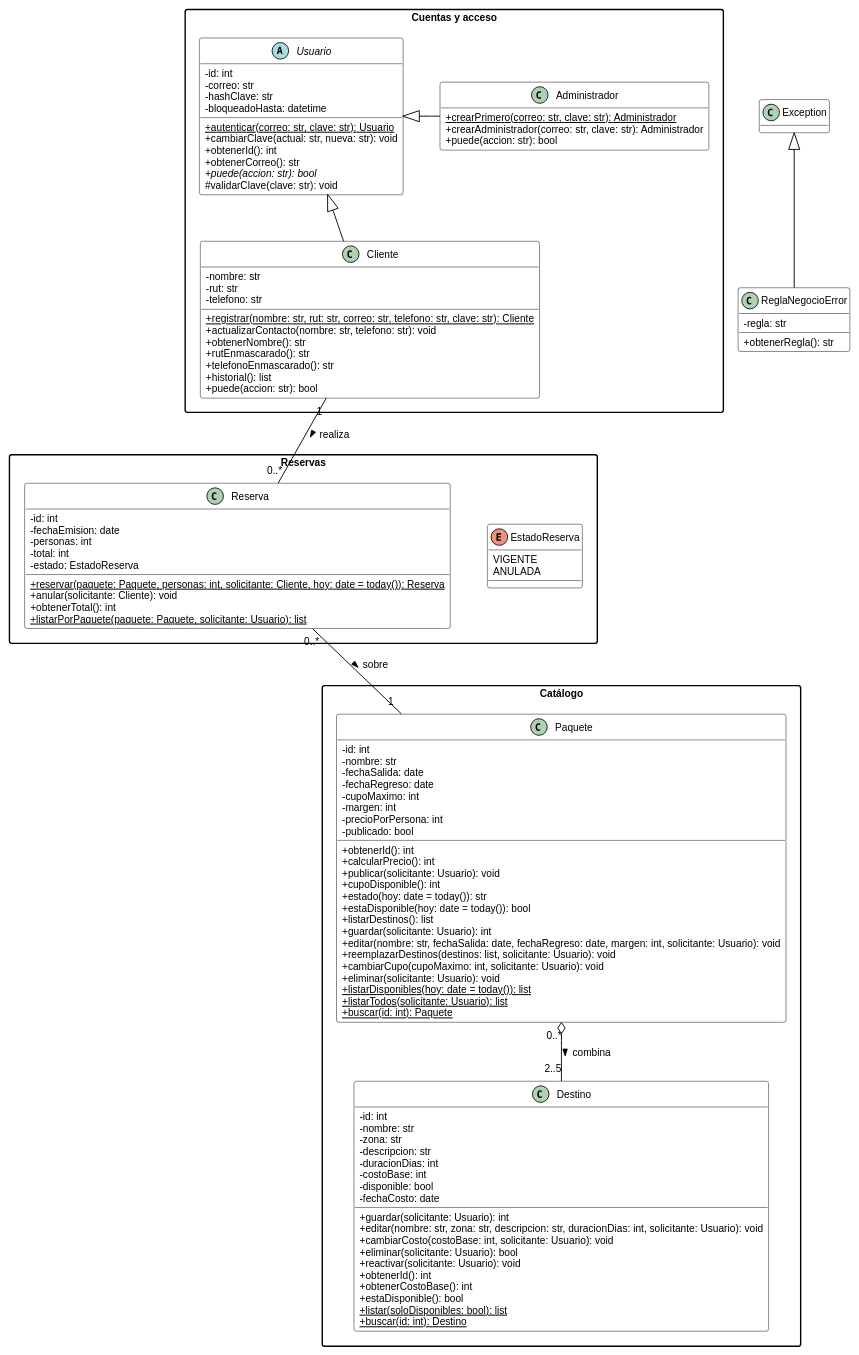
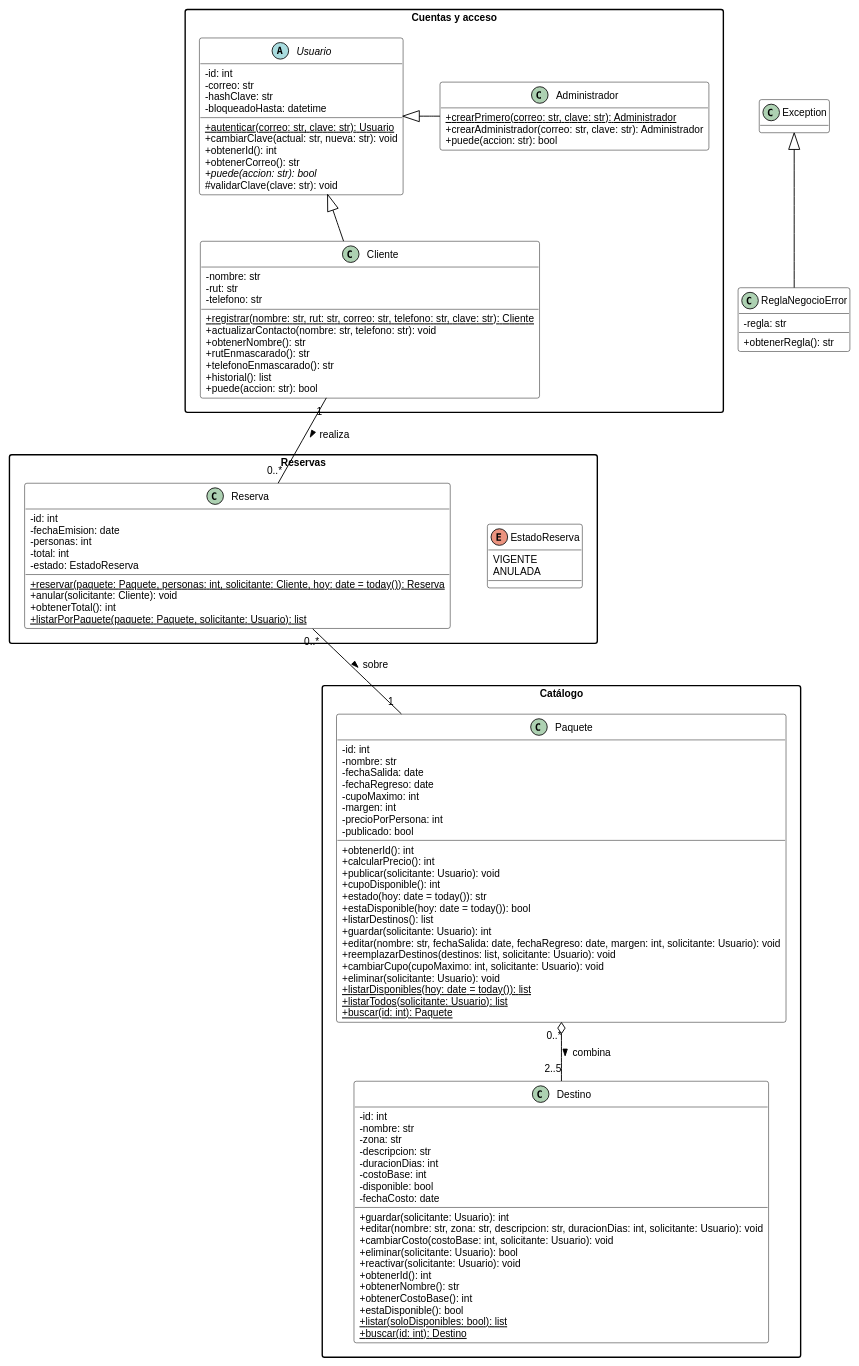
Before and after one commit to leonardoguerrerodev/POO-Viajes-Aventura: the diagram in diagramas/clases.puml, drawn with PlantUML. The commit also changed 4 other files, not shown here.

```diff
--- a/diagramas/clases.puml
+++ b/diagramas/clases.puml
@@ -1,139 +1,140 @@
 @startuml clases
 ' Diagrama de clases de Viajes Aventura (paso 5 del plan). Convención de la ES1: nombres en camelCase,
 ' privado con «-», protegido con «#», sin constructor, «void» cuando no devuelve nada. El código usa
 ' snake_case y herramientas/uml_vs_codigo.py convierte uno en otro para compararlos.
 skinparam classAttributeIconSize 0
 skinparam defaultFontName "Liberation Sans"
 skinparam defaultFontSize 11
 skinparam shadowing false
 skinparam packageStyle rectangle
 skinparam class {
   BackgroundColor white
   BorderColor black
   ArrowColor black
 }
 skinparam note {
   BackgroundColor #f6f6f6
   BorderColor #666666
 }
 hide empty fields
 skinparam nodesep 40
 skinparam ranksep 50
 
 package "Cuentas y acceso" {
   abstract class Usuario {
     - id: int
     - correo: str
     - hashClave: str
     - bloqueadoHasta: datetime
     + {static} autenticar(correo: str, clave: str): Usuario
     + cambiarClave(actual: str, nueva: str): void
     + obtenerId(): int
     + obtenerCorreo(): str
     + {abstract} puede(accion: str): bool
     # validarClave(clave: str): void
   }
 
   class Cliente {
     - nombre: str
     - rut: str
     - telefono: str
     + {static} registrar(nombre: str, rut: str, correo: str, telefono: str, clave: str): Cliente
     + actualizarContacto(nombre: str, telefono: str): void
     + obtenerNombre(): str
     + rutEnmascarado(): str
     + telefonoEnmascarado(): str
     + historial(): list
     + puede(accion: str): bool
   }
 
   class Administrador {
     + {static} crearPrimero(correo: str, clave: str): Administrador
     + crearAdministrador(correo: str, clave: str): Administrador
     + puede(accion: str): bool
   }
 }
 
 package "Catálogo" {
   class Destino {
     - id: int
     - nombre: str
     - zona: str
     - descripcion: str
     - duracionDias: int
     - costoBase: int
     - disponible: bool
     - fechaCosto: date
     + guardar(solicitante: Usuario): int
     + editar(nombre: str, zona: str, descripcion: str, duracionDias: int, solicitante: Usuario): void
     + cambiarCosto(costoBase: int, solicitante: Usuario): void
     + eliminar(solicitante: Usuario): bool
     + reactivar(solicitante: Usuario): void
     + obtenerId(): int
+    + obtenerNombre(): str
     + obtenerCostoBase(): int
     + estaDisponible(): bool
     + {static} listar(soloDisponibles: bool): list
     + {static} buscar(id: int): Destino
   }
 
   class Paquete {
     - id: int
     - nombre: str
     - fechaSalida: date
     - fechaRegreso: date
     - cupoMaximo: int
     - margen: int
     - precioPorPersona: int
     - publicado: bool
     + obtenerId(): int
     + calcularPrecio(): int
     + publicar(solicitante: Usuario): void
     + cupoDisponible(): int
     + estado(hoy: date = today()): str
     + estaDisponible(hoy: date = today()): bool
     + listarDestinos(): list
     + guardar(solicitante: Usuario): int
     + editar(nombre: str, fechaSalida: date, fechaRegreso: date, margen: int, solicitante: Usuario): void
     + reemplazarDestinos(destinos: list, solicitante: Usuario): void
     + cambiarCupo(cupoMaximo: int, solicitante: Usuario): void
     + eliminar(solicitante: Usuario): void
     + {static} listarDisponibles(hoy: date = today()): list
     + {static} listarTodos(solicitante: Usuario): list
     + {static} buscar(id: int): Paquete
   }
 }
 
 package "Reservas" {
   class Reserva {
     - id: int
     - fechaEmision: date
     - personas: int
     - total: int
     - estado: EstadoReserva
     + {static} reservar(paquete: Paquete, personas: int, solicitante: Cliente, hoy: date = today()): Reserva
     + anular(solicitante: Cliente): void
     + obtenerTotal(): int
     + {static} listarPorPaquete(paquete: Paquete, solicitante: Usuario): list
   }
 
   enum EstadoReserva {
     VIGENTE
     ANULADA
   }
 }
 
 class ReglaNegocioError {
   - regla: str
   + obtenerRegla(): str
 }
 
 Usuario <|-- Cliente
 Usuario <|-right- Administrador
 Cliente "1" -down- "0..*" Reserva : realiza >
 Reserva -[hidden]right- EstadoReserva
 Administrador -[hidden]right- Paquete
 Paquete "0..*" o-down- "2..5" Destino : combina >
 Reserva "0..*" -- "1" Paquete : sobre >
 Exception <|-- ReglaNegocioError
 
 @enduml
```
